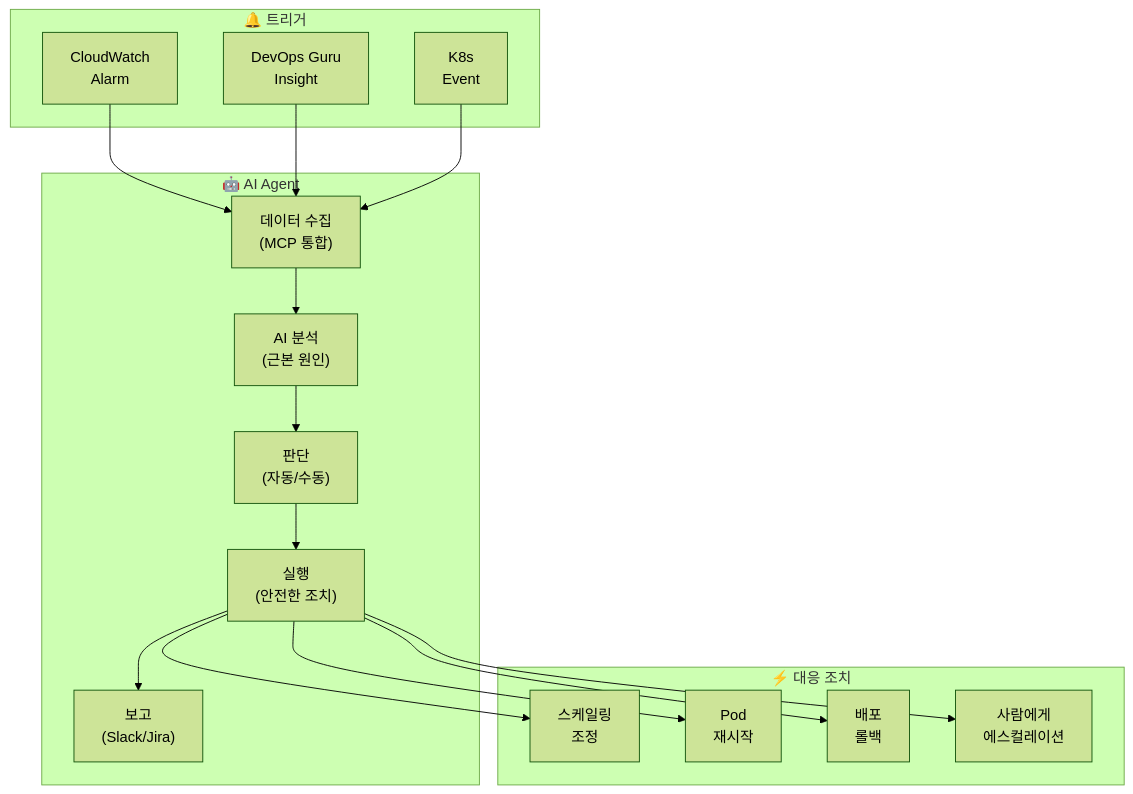
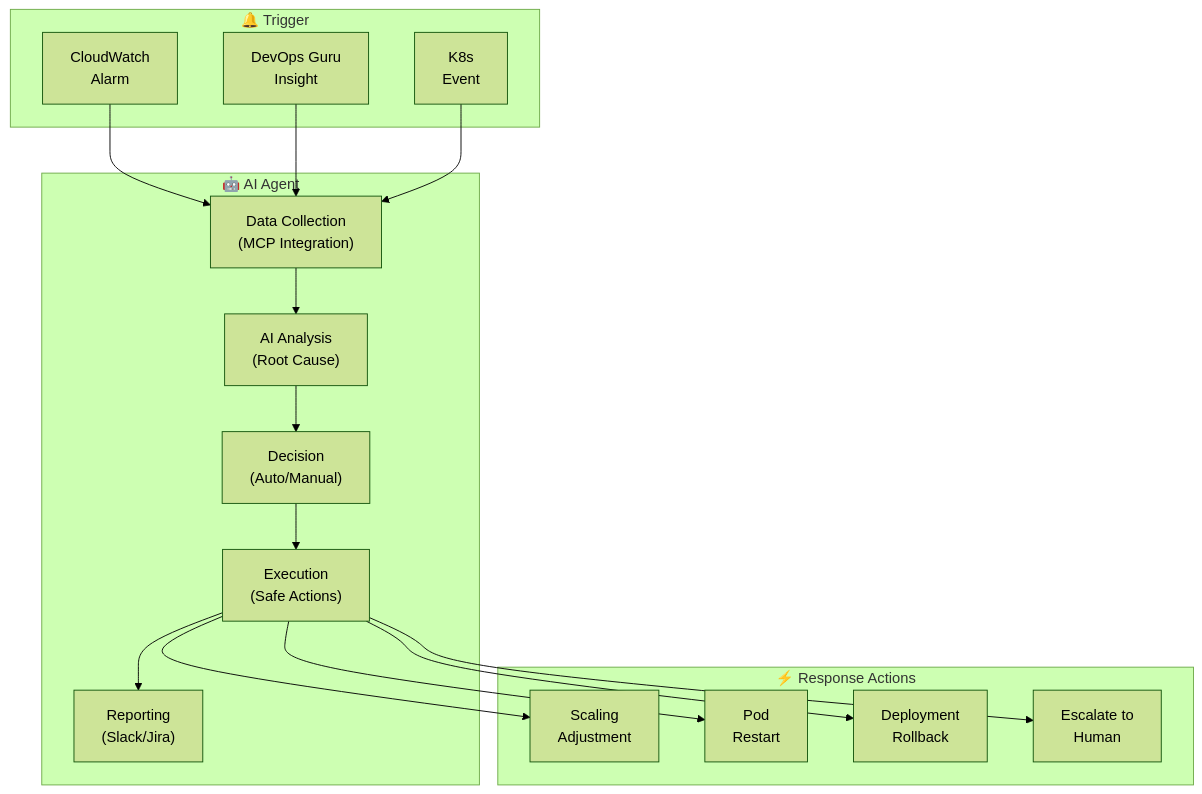
One commit to devfloor9/engineering-playbook changed the first of 3 diagrams in docs/aidlc/operations/autonomous-response.md. Above: the diagram before and after it, drawn with Mermaid (forest theme). The commit also changed other lines of this file and 954 other files, not shown here.

````diff
--- a/docs/aidlc/operations/autonomous-response.md
+++ b/docs/aidlc/operations/autonomous-response.md
@@ -104,33 +104,33 @@
 ```mermaid
 graph TD
-    subgraph Trigger["🔔 트리거"]
+    subgraph Trigger["🔔 Trigger"]
         CWA["CloudWatch<br/>Alarm"]
         DGA["DevOps Guru<br/>Insight"]
         K8SE["K8s<br/>Event"]
     end
 
     subgraph Agent["🤖 AI Agent"]
-        COLLECT["데이터 수집<br/>(MCP 통합)"]
-        ANALYZE["AI 분석<br/>(근본 원인)"]
-        DECIDE["판단<br/>(자동/수동)"]
-        ACT["실행<br/>(안전한 조치)"]
-        REPORT["보고<br/>(Slack/Jira)"]
+        COLLECT["Data Collection<br/>(MCP Integration)"]
+        ANALYZE["AI Analysis<br/>(Root Cause)"]
+        DECIDE["Decision<br/>(Auto/Manual)"]
+        ACT["Execution<br/>(Safe Actions)"]
+        REPORT["Reporting<br/>(Slack/Jira)"]
     end
 
-    subgraph Actions["⚡ 대응 조치"]
-        SCALE["스케일링<br/>조정"]
-        RESTART["Pod<br/>재시작"]
-        ROLLBACK["배포<br/>롤백"]
-        ESCALATE["사람에게<br/>에스컬레이션"]
+    subgraph Actions["⚡ Response Actions"]
+        SCALE["Scaling<br/>Adjustment"]
+        RESTART["Pod<br/>Restart"]
+        ROLLBACK["Deployment<br/>Rollback"]
+        ESCALATE["Escalate to<br/>Human"]
     end
 
     CWA --> COLLECT
     DGA --> COLLECT
     K8SE --> COLLECT
     COLLECT --> ANALYZE --> DECIDE
     DECIDE --> ACT --> REPORT
     ACT --> SCALE
     ACT --> RESTART
     ACT --> ROLLBACK
     ACT --> ESCALATE
 ```
````
